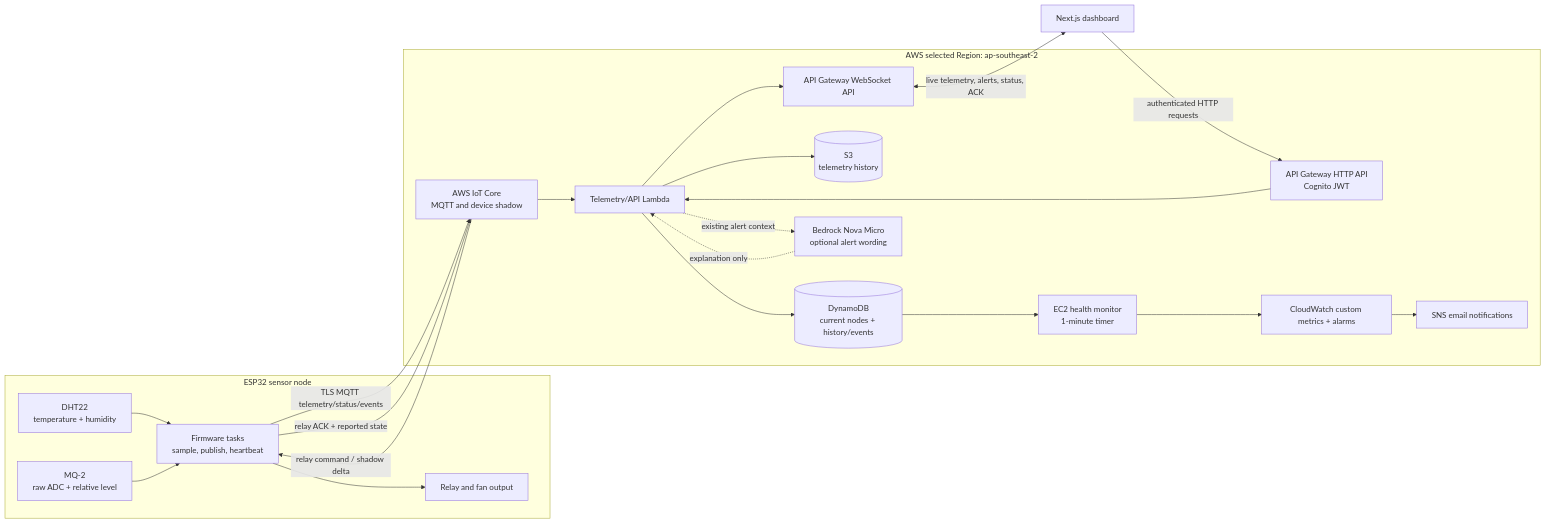
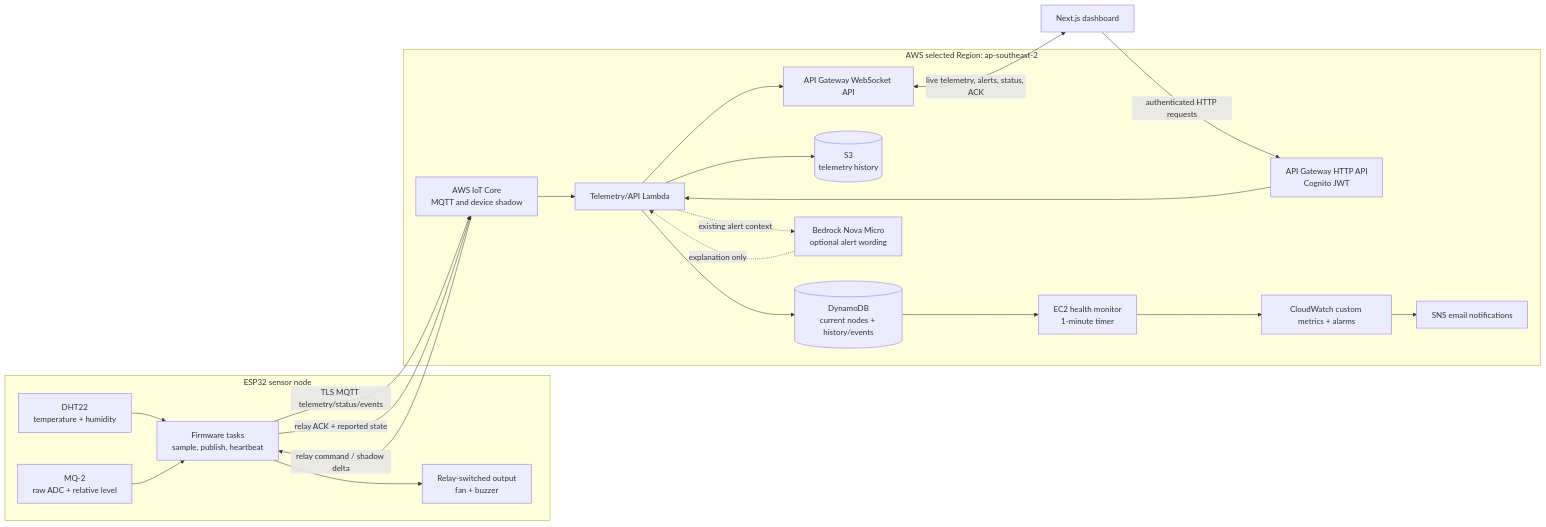
The diagram in README.md (lakshaybalani14/FleetMind), drawn with Mermaid before and after one commit. The commit also changed other lines of this file and 10 other files, not shown here.

Commit message:
docs: record tested fan and buzzer prototype

````diff
--- a/README.md
+++ b/README.md
@@ -31,42 +33,42 @@
 ```mermaid
 flowchart LR
   subgraph Device[ESP32 sensor node]
     DHT[DHT22<br/>temperature + humidity]
     MQ[MQ-2<br/>raw ADC + relative level]
     FW[Firmware tasks<br/>sample, publish, heartbeat]
-    ACT[Relay and fan output]
+    ACT[Relay-switched output<br/>fan + buzzer]
     DHT --> FW
     MQ --> FW
     FW --> ACT
   end
 
   subgraph AWS[AWS selected Region: ap-southeast-2]
     IOT[AWS IoT Core<br/>MQTT and device shadow]
     LAMBDA[Telemetry/API Lambda]
     DDB[(DynamoDB<br/>current nodes + history/events)]
     S3[(S3<br/>telemetry history)]
     HTTP[API Gateway HTTP API<br/>Cognito JWT]
     WS[API Gateway WebSocket API]
     BEDROCK[Bedrock Nova Micro<br/>optional alert wording]
     EC2[EC2 health monitor<br/>1-minute timer]
     CW[CloudWatch custom metrics + alarms]
     SNS[ SNS email notifications]
     IOT --> LAMBDA
     LAMBDA --> DDB
     LAMBDA --> S3
     LAMBDA --> WS
     LAMBDA -. existing alert context .-> BEDROCK
     BEDROCK -. explanation only .-> LAMBDA
     HTTP --> LAMBDA
     DDB --> EC2
     EC2 --> CW
     CW --> SNS
   end
 
   UI[Next.js dashboard]
   FW -->|TLS MQTT telemetry/status/events| IOT
   IOT -->|relay command / shadow delta| FW
   FW -->|relay ACK + reported state| IOT
   UI -->|authenticated HTTP requests| HTTP
   WS <-->|live telemetry, alerts, status, ACK| UI
 ```
````
